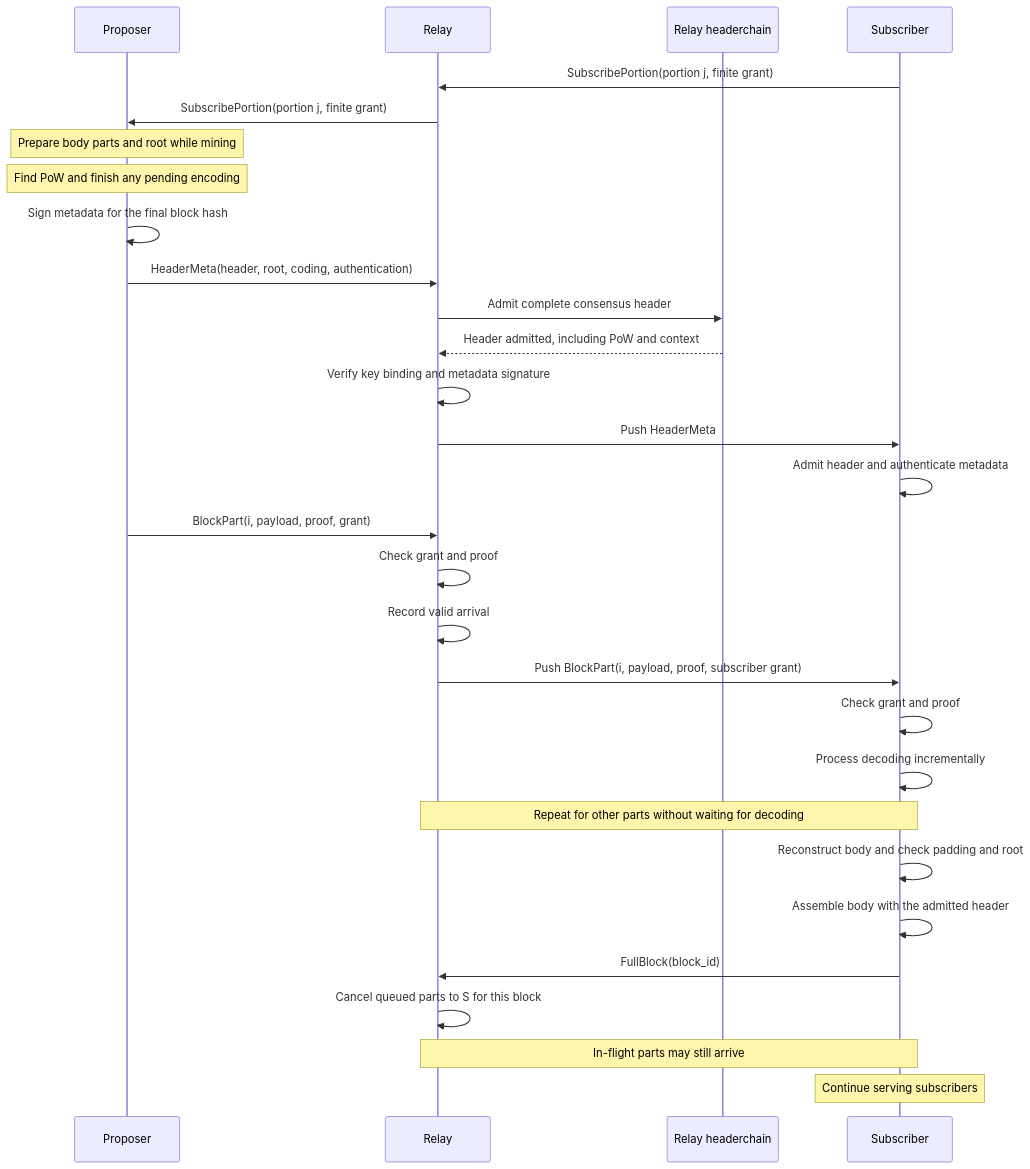
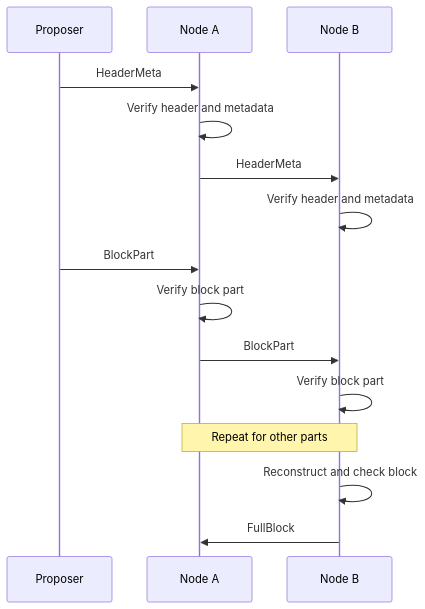
Before and after one commit to zakura-core/zakura: the diagram in docs/design/dogwood.md, drawn with Mermaid. The commit also changed other lines of this file, not shown here.

Commit message:
docs: simplify Dogwood design and block-part lifecycle

````diff
--- a/docs/design/dogwood.md
+++ b/docs/design/dogwood.md
@@ -260,31 +65,17 @@
 ```mermaid
 sequenceDiagram
     participant P as Proposer
-    participant R as Relay
-    participant H as Relay headerchain
-    participant S as Subscriber
-    S->>R: SubscribePortion(portion j, finite grant)
-    R->>P: SubscribePortion(portion j, finite grant)
-    Note over P: Prepare body parts and root while mining
-    Note over P: Find PoW and finish any pending encoding
-    P->>P: Sign metadata for the final block hash
-    P->>R: HeaderMeta(header, root, coding, authentication)
-    R->>H: Admit complete consensus header
-    H-->>R: Header admitted, including PoW and context
-    R->>R: Verify key binding and metadata signature
-    R->>S: Push HeaderMeta
-    S->>S: Admit header and authenticate metadata
-    P->>R: BlockPart(i, payload, proof, grant)
-    R->>R: Check grant and proof
-    R->>R: Record valid arrival
-    R->>S: Push BlockPart(i, payload, proof, subscriber grant)
-    S->>S: Check grant and proof
-    S->>S: Process decoding incrementally
-    Note over R,S: Repeat for other parts without waiting for decoding
-    S->>S: Reconstruct body and check padding and root
-    S->>S: Assemble body with the admitted header
-    S->>R: FullBlock(block_id)
-    R->>R: Cancel queued parts to S for this block
-    Note over R,S: In-flight parts may still arrive
-    Note over S: Continue serving subscribers
+    participant A as Node A
+    participant B as Node B
+    P->>A: HeaderMeta
+    A->>A: Verify header and metadata
+    A->>B: HeaderMeta
+    B->>B: Verify header and metadata
+    P->>A: BlockPart
+    A->>A: Verify block part
+    A->>B: BlockPart
+    B->>B: Verify block part
+    Note over A,B: Repeat for other parts
+    B->>B: Reconstruct and check block
+    B->>A: FullBlock
 ```
````
